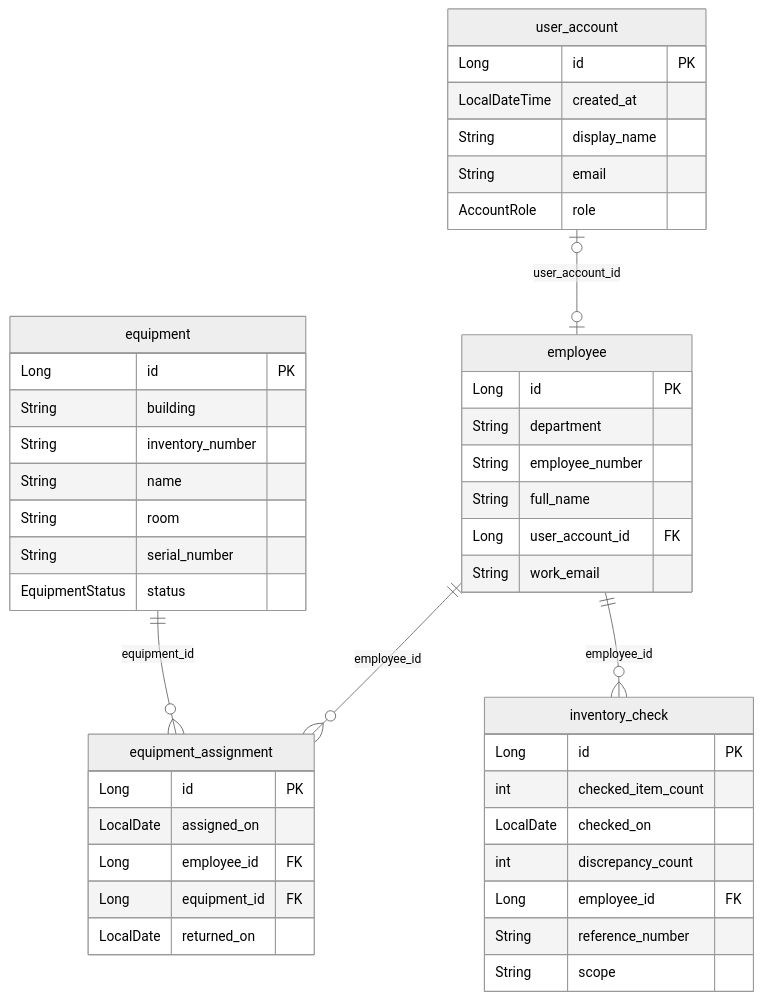
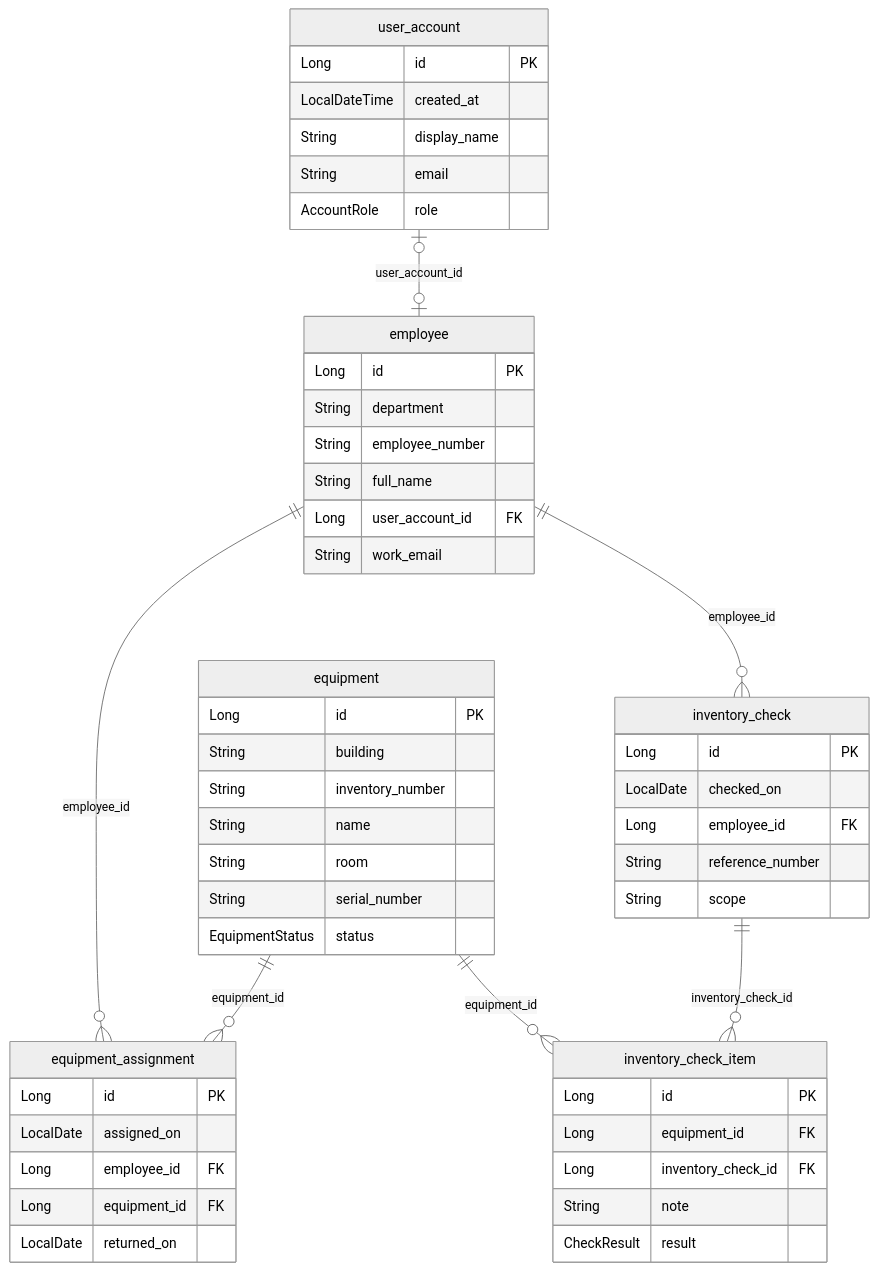
Before and after one commit to KacperGolebski/WdTB-2026-Backend-inwentaryzacja: the diagram in SCHEMAT.md, drawn with Mermaid (neutral theme). The commit also changed other lines of this file and 4 other files, not shown here.

````diff
--- a/SCHEMAT.md
+++ b/SCHEMAT.md
@@ -15,47 +16,54 @@
 ```mermaid
 erDiagram
     employee {
         Long id PK
         String department
         String employee_number
         String full_name
         Long user_account_id FK
         String work_email
     }
     equipment {
         Long id PK
         String building
         String inventory_number
         String name
         String room
         String serial_number
         EquipmentStatus status
     }
     equipment_assignment {
         Long id PK
         LocalDate assigned_on
         Long employee_id FK
         Long equipment_id FK
         LocalDate returned_on
     }
     inventory_check {
         Long id PK
-        int checked_item_count
         LocalDate checked_on
-        int discrepancy_count
         Long employee_id FK
         String reference_number
         String scope
+    }
+    inventory_check_item {
+        Long id PK
+        Long equipment_id FK
+        Long inventory_check_id FK
+        String note
+        CheckResult result
     }
     user_account {
         Long id PK
         LocalDateTime created_at
         String display_name
         String email
         AccountRole role
     }
     employee ||--o{ equipment_assignment : "employee_id"
     employee ||--o{ inventory_check : "employee_id"
     equipment ||--o{ equipment_assignment : "equipment_id"
+    equipment ||--o{ inventory_check_item : "equipment_id"
+    inventory_check ||--o{ inventory_check_item : "inventory_check_id"
     user_account |o--o| employee : "user_account_id"
 ```
````
